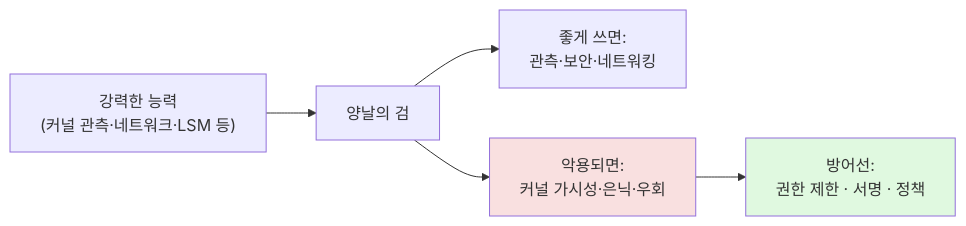
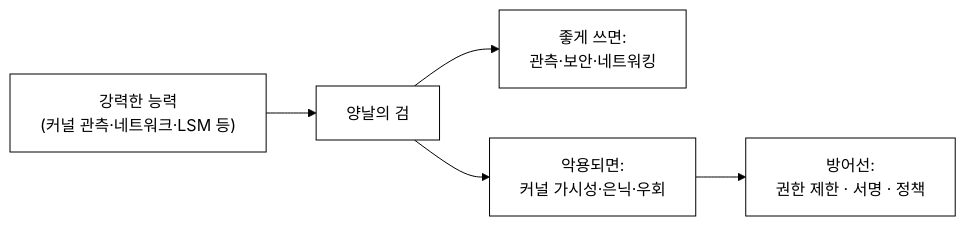
Before and after one commit to iamywl/ebpf-lab: the second of 4 diagrams in docs/lecture/15주차_안전성_한계_미래와_정리.md, drawn with Mermaid. The commit also changed other lines of this file and 33 other files, not shown here.

First line of the commit message:
강의자료: 다이어그램 흑백(논문 스타일) 통일 + 실제 실행 스크린샷 삽입

````diff
--- a/docs/lecture/15주차_안전성_한계_미래와_정리.md
+++ b/docs/lecture/15주차_안전성_한계_미래와_정리.md
@@ -103,9 +104,10 @@
 ```mermaid
+%%{init: {"theme":"base","themeVariables":{"background":"#ffffff","primaryColor":"#ffffff","primaryBorderColor":"#000000","primaryTextColor":"#000000","secondaryColor":"#ffffff","secondaryBorderColor":"#000000","secondaryTextColor":"#000000","tertiaryColor":"#ffffff","tertiaryBorderColor":"#000000","tertiaryTextColor":"#000000","lineColor":"#000000","textColor":"#000000","mainBkg":"#ffffff","secondBkg":"#ffffff","clusterBkg":"#ffffff","clusterBorder":"#000000","edgeLabelBackground":"#ffffff","nodeBorder":"#000000","defaultLinkColor":"#000000","titleColor":"#000000","actorBkg":"#ffffff","actorBorder":"#000000","actorTextColor":"#000000","actorLineColor":"#000000","signalColor":"#000000","signalTextColor":"#000000","labelBoxBkgColor":"#ffffff","labelBoxBorderColor":"#000000","labelTextColor":"#000000","loopTextColor":"#000000","noteBkgColor":"#ffffff","noteBorderColor":"#000000","noteTextColor":"#000000","activationBkgColor":"#ffffff","activationBorderColor":"#000000","sequenceNumberColor":"#000000","cScale0":"#ffffff","cScale1":"#ffffff","cScale2":"#ffffff","cScale3":"#ffffff","cScale4":"#ffffff","cScale5":"#ffffff","cScale6":"#ffffff","cScale7":"#ffffff","cScale8":"#ffffff","cScale9":"#ffffff","cScale10":"#ffffff","cScale11":"#ffffff","cScaleLabel0":"#000000","cScaleLabel1":"#000000","cScaleLabel2":"#000000","cScaleLabel3":"#000000","cScaleLabel4":"#000000","cScaleLabel5":"#000000","cScaleLabel6":"#000000","cScaleLabel7":"#000000","cScaleLabel8":"#000000","cScaleLabel9":"#000000","cScaleLabel10":"#000000","cScaleLabel11":"#000000","pie1":"#ffffff","pie2":"#eeeeee","pie3":"#dddddd","pie4":"#cccccc","fontFamily":"Georgia, serif"}}}%%
 flowchart LR
     P["강력한 능력\n(커널 관측·네트워크·LSM 등)"] --> G["양날의 검"]
     G --> GOOD["좋게 쓰면:\n관측·보안·네트워킹"]
     G --> BAD["악용되면:\n커널 가시성·은닉·우회"]
     BAD --> DEF["방어선:\n권한 제한 · 서명 · 정책"]
-    style BAD fill:#f9e0e0
-    style DEF fill:#e0f9e0
+    style BAD fill:#ffffff
+    style DEF fill:#ffffff
 ```
````
